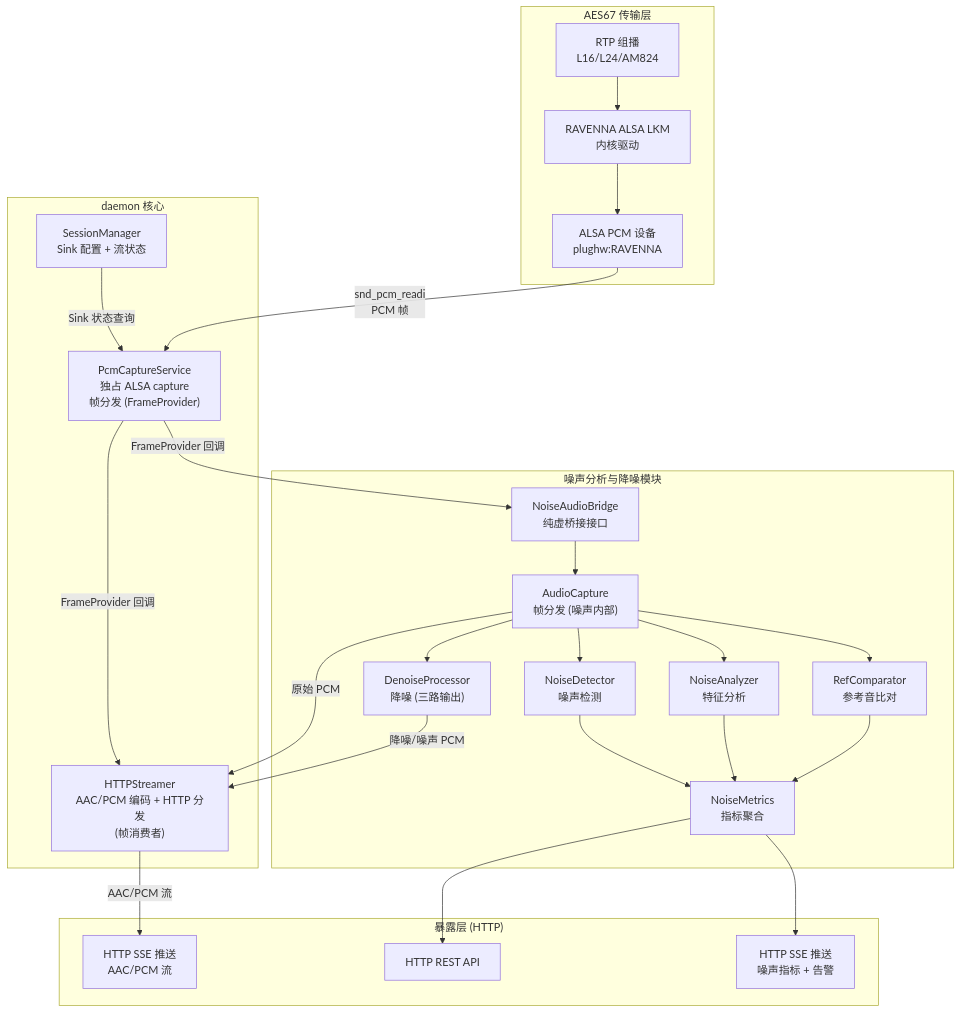
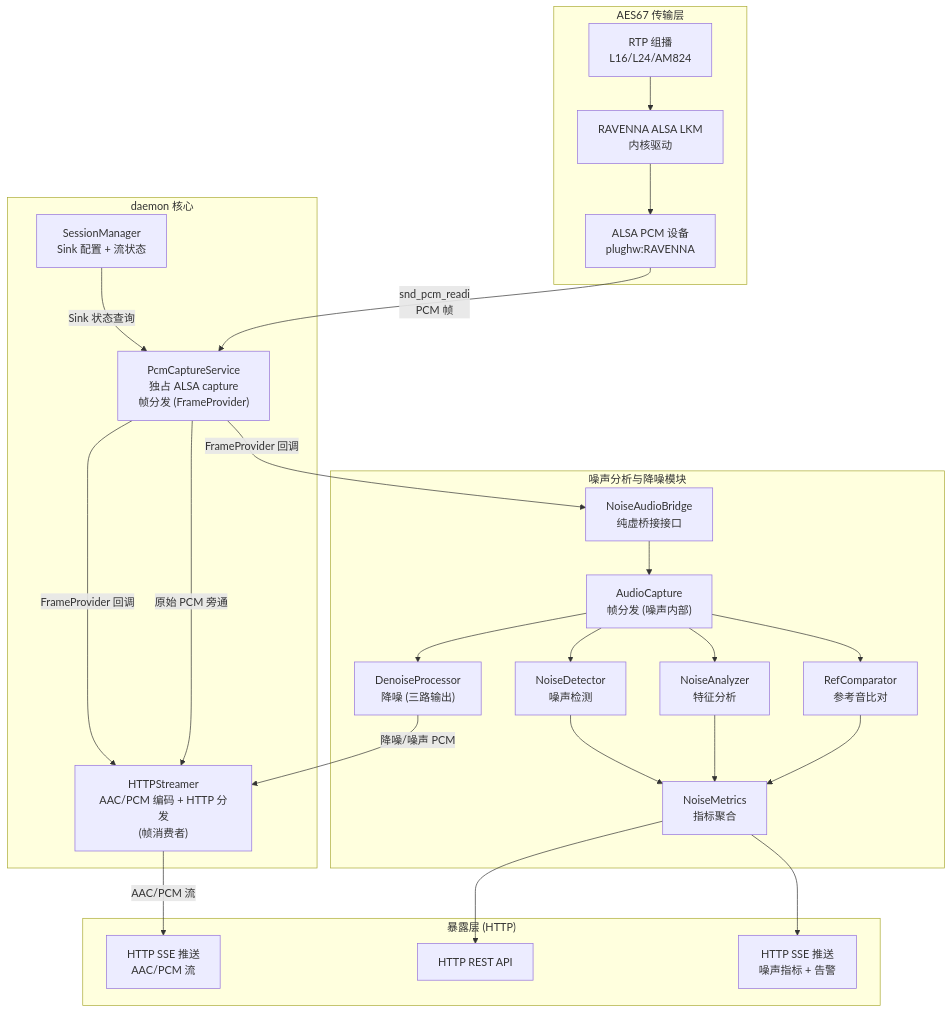
The second of 4 diagrams in docs/noise/architecture-design.md (JunJunHub/aes67-linux-daemon), drawn with Mermaid before and after one commit. The commit also changed other lines of this file and 1 other file, not shown here.

````diff
--- a/docs/noise/architecture-design.md
+++ b/docs/noise/architecture-design.md
@@ -174,44 +174,44 @@
 ```mermaid
 flowchart TB
     subgraph AES67["AES67 传输层"]
         RTP["RTP 组播<br/>L16/L24/AM824"]
         LKM["RAVENNA ALSA LKM<br/>内核驱动"]
         ALSA["ALSA PCM 设备<br/>plughw:RAVENNA"]
     end
 
     subgraph CORE["daemon 核心"]
         SM["SessionManager<br/>Sink 配置 + 流状态"]
         PCS["PcmCaptureService<br/>独占 ALSA capture<br/>帧分发 (FrameProvider)"]
         STR["HTTPStreamer<br/>AAC/PCM 编码 + HTTP 分发<br/>(帧消费者)"]
     end
 
     subgraph NOISE["噪声分析与降噪模块"]
         BRIDGE_IF["NoiseAudioBridge<br/>纯虚桥接接口"]
         CAP["AudioCapture<br/>帧分发 (噪声内部)"]
         DET["NoiseDetector<br/>噪声检测"]
         ANA["NoiseAnalyzer<br/>特征分析"]
         DNR["DenoiseProcessor<br/>降噪 (三路输出)"]
         REF["RefComparator<br/>参考音比对"]
         MET["NoiseMetrics<br/>指标聚合"]
     end
 
     subgraph API["暴露层 (HTTP)"]
         AudioSSE["HTTP SSE 推送<br/>AAC/PCM 流"]
         HTTP["HTTP REST API"]
         NoiseSSE["HTTP SSE 推送<br/>噪声指标 + 告警"]
     end
 
     RTP --> LKM --> ALSA
     SM -->|Sink 状态查询| PCS
     ALSA -->|snd_pcm_readi<br/>PCM 帧| PCS
     PCS -->|FrameProvider 回调| STR
     PCS -->|FrameProvider 回调| BRIDGE_IF
     BRIDGE_IF --> CAP
     CAP --> DET & ANA & DNR & REF
     DET & ANA --> MET
     REF --> MET
     MET --> HTTP & NoiseSSE
-    CAP -->|原始 PCM| STR
+    PCS -->|原始 PCM 旁通| STR
     DNR -->|降噪/噪声 PCM| STR
     STR -->|AAC/PCM 流| AudioSSE
 ```
````
